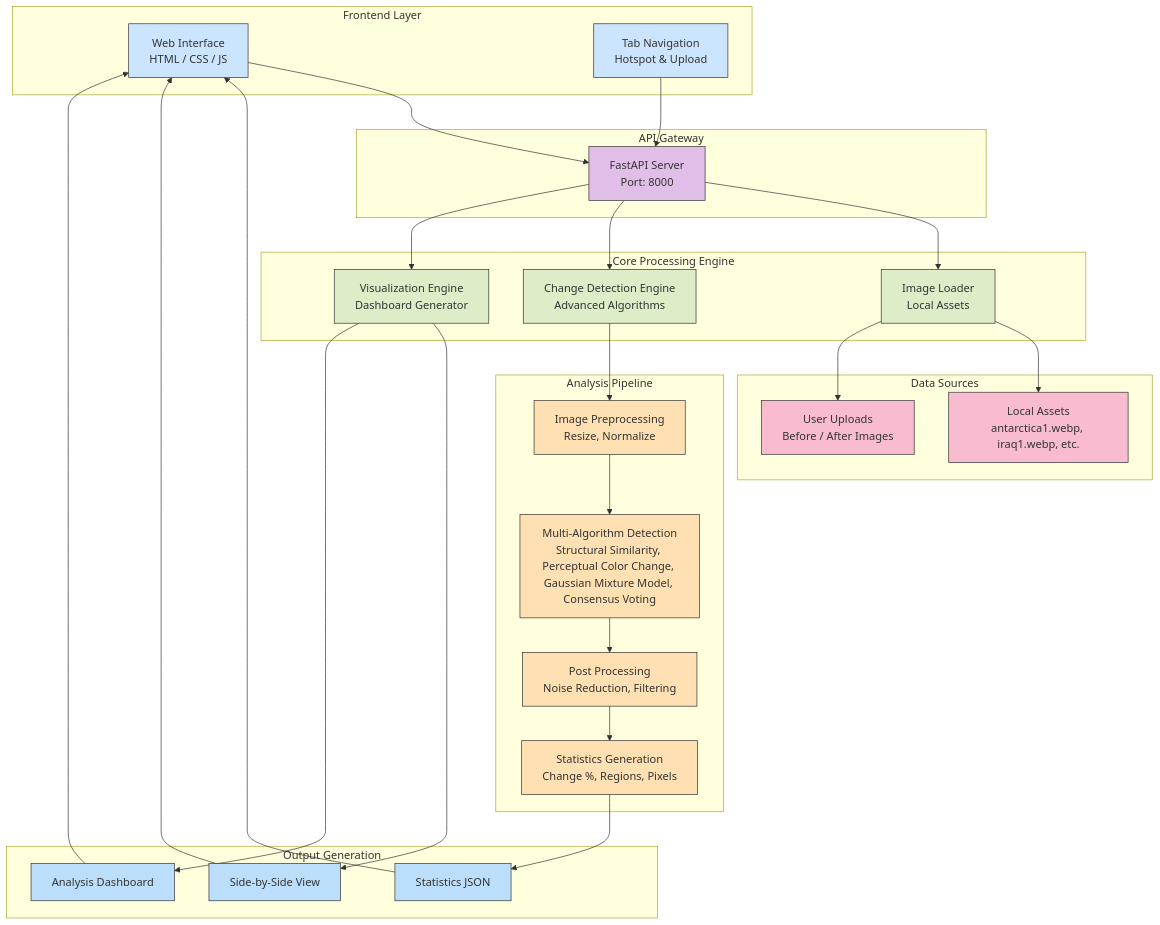
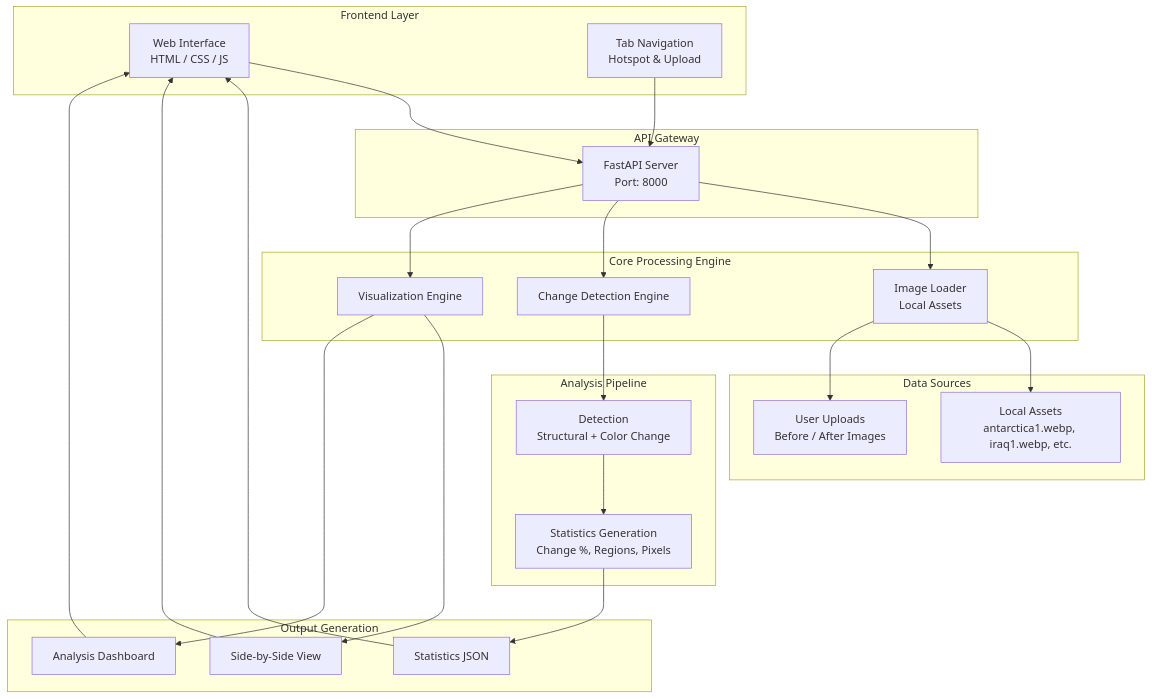
Before and after one commit to GithubAnant/SAR-Analysis-Website: the diagram in Readme.md, drawn with Mermaid. The commit also changed other lines of this file, not shown here.

Commit message:
updated stuff

````diff
--- a/Readme.md
+++ b/Readme.md
@@ -8,60 +7,44 @@
 ```mermaid
 graph TB
 
-    %% ========================
     %% Frontend Layer
-    %% ========================
     subgraph "Frontend Layer"
         UI[Web Interface<br/>HTML / CSS / JS]
         TABS[Tab Navigation<br/>Hotspot & Upload]
     end
 
-    %% ========================
     %% API Gateway
-    %% ========================
     subgraph "API Gateway"
         API[FastAPI Server<br/>Port: 8000]
     end
 
-    %% ========================
     %% Core Processing Engine
-    %% ========================
     subgraph "Core Processing Engine"
         IMG[Image Loader<br/>Local Assets]
-        CD[Change Detection Engine<br/>Advanced Algorithms]
-        VIZ[Visualization Engine<br/>Dashboard Generator]
+        CD[Change Detection Engine]
+        VIZ[Visualization Engine]
     end
 
-    %% ========================
     %% Data Sources
-    %% ========================
     subgraph "Data Sources"
         ASSETS[Local Assets<br/>antarctica1.webp, iraq1.webp, etc.]
         UPLOAD[User Uploads<br/>Before / After Images]
     end
 
-    %% ========================
-    %% Analysis Pipeline
-    %% ========================
+    %% Analysis Pipeline (shortened)
     subgraph "Analysis Pipeline"
-        PREP[Image Preprocessing<br/>Resize, Normalize]
-        DETECT[Multi-Algorithm Detection<br/>Structural Similarity, Perceptual Color Change, Gaussian Mixture Model, Consensus Voting]
-        POST[Post Processing<br/>Noise Reduction, Filtering]
+        DETECT[Detection<br/>Structural + Color Change]
         STATS[Statistics Generation<br/>Change %, Regions, Pixels]
     end
 
-    %% ========================
     %% Output Generation
-    %% ========================
     subgraph "Output Generation"
         SIDEBYSIDE[Side-by-Side View]
         DASHBOARD[Analysis Dashboard]
         JSON[Statistics JSON]
     end
 
-    %% ========================
     %% Connections
-    %% ========================
     UI --> API
     TABS --> API
 
@@ -72,10 +55,8 @@
     IMG --> ASSETS
     IMG --> UPLOAD
 
-    CD --> PREP
-    PREP --> DETECT
-    DETECT --> POST
-    POST --> STATS
+    CD --> DETECT
+    DETECT --> STATS
 
     VIZ --> SIDEBYSIDE
     VIZ --> DASHBOARD
@@ -85,22 +66,4 @@
     DASHBOARD --> UI
     JSON --> UI
 
-    %% ========================
-    %% Styles
-    %% ========================
-    style UI fill:#cce5ff,stroke:#333,stroke-width:1px
-    style TABS fill:#cce5ff,stroke:#333,stroke-width:1px
-    style API fill:#e1bee7,stroke:#333,stroke-width:1px
-    style IMG fill:#dcedc8,stroke:#333,stroke-width:1px
-    style CD fill:#dcedc8,stroke:#333,stroke-width:1px
-    style VIZ fill:#dcedc8,stroke:#333,stroke-width:1px
-    style ASSETS fill:#f8bbd0,stroke:#333,stroke-width:1px
-    style UPLOAD fill:#f8bbd0,stroke:#333,stroke-width:1px
-    style PREP fill:#ffe0b2,stroke:#333,stroke-width:1px
-    style DETECT fill:#ffe0b2,stroke:#333,stroke-width:1px
-    style POST fill:#ffe0b2,stroke:#333,stroke-width:1px
-    style STATS fill:#ffe0b2,stroke:#333,stroke-width:1px
-    style SIDEBYSIDE fill:#bbdefb,stroke:#333,stroke-width:1px
-    style DASHBOARD fill:#bbdefb,stroke:#333,stroke-width:1px
-    style JSON fill:#bbdefb,stroke:#333,stroke-width:1px
 ```
````
